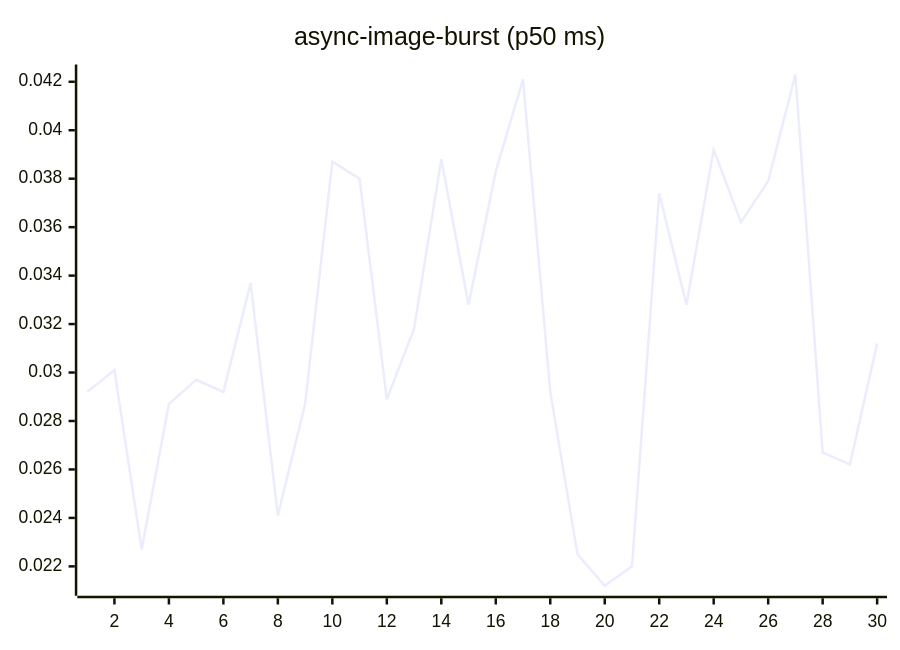
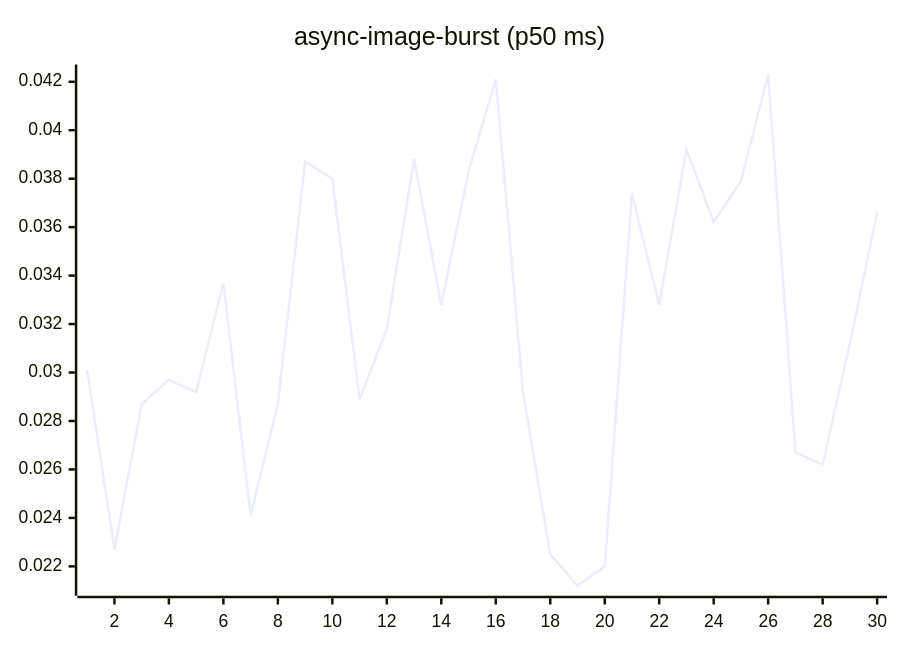
Before and after one commit to josha/Facet: the fourth of 27 diagrams in README.md, drawn with Mermaid. The commit also changed other lines of this file and 2 other files, not shown here.

````diff
--- a/README.md
+++ b/README.md
@@ -84,6 +84,6 @@
 ```mermaid
 xychart-beta
     title "async-image-burst (p50 ms)"
     x-axis 1 --> 30
-    line [0.0292, 0.0301, 0.0227, 0.0287, 0.0297, 0.0292, 0.0337, 0.0241, 0.0287, 0.0387, 0.0380, 0.0289, 0.0318, 0.0388, 0.0328, 0.0383, 0.0421, 0.0292, 0.0225, 0.0212, 0.0220, 0.0374, 0.0328, 0.0392, 0.0362, 0.0379, 0.0423, 0.0267, 0.0262, 0.0312]
+    line [0.0301, 0.0227, 0.0287, 0.0297, 0.0292, 0.0337, 0.0241, 0.0287, 0.0387, 0.0380, 0.0289, 0.0318, 0.0388, 0.0328, 0.0383, 0.0421, 0.0292, 0.0225, 0.0212, 0.0220, 0.0374, 0.0328, 0.0392, 0.0362, 0.0379, 0.0423, 0.0267, 0.0262, 0.0312, 0.0366]
 ```
````
